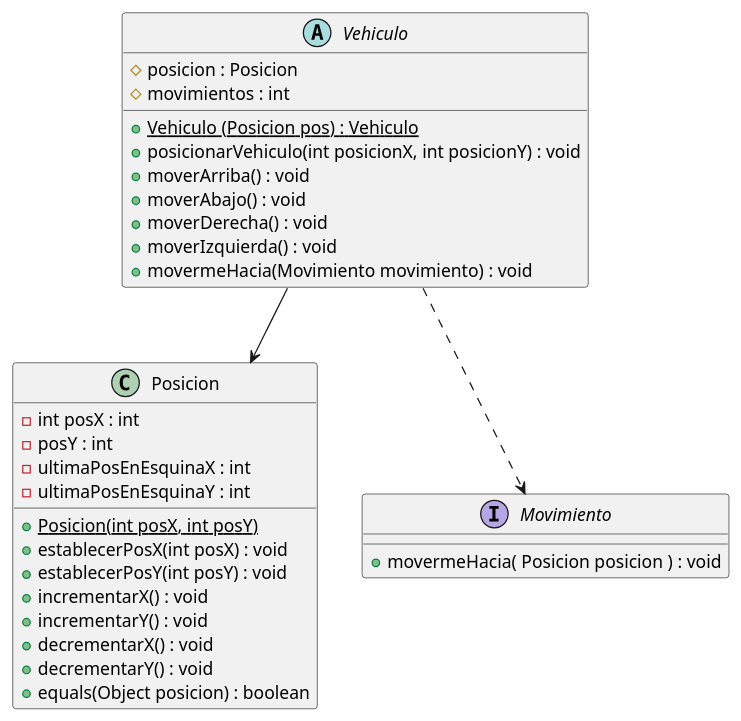
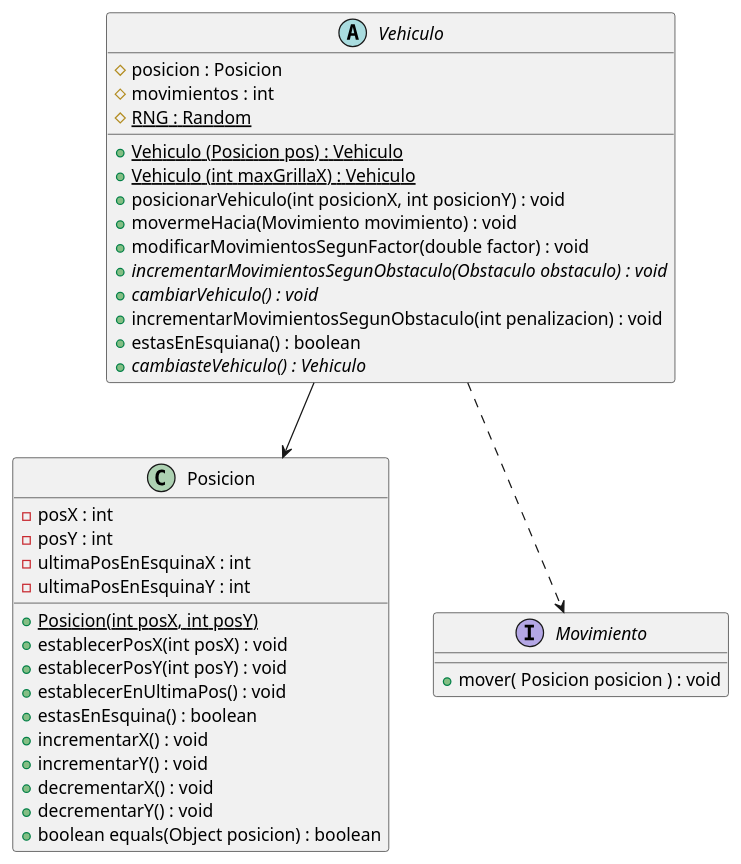
The diagram in Entrega2/DiagramaDeClases/DiagramaDeClasesRelacionVehiculosConPosicionYMovimiento.puml (kikiymini/algo3_tp2), drawn with PlantUML before and after one commit.

Commit message:
Se actualiza diagrama de clases relacion vehiculos con posicion y movimiento

```diff
--- a/Entrega2/DiagramaDeClases/DiagramaDeClasesRelacionVehiculosConPosicionYMovimiento.puml
+++ b/Entrega2/DiagramaDeClases/DiagramaDeClasesRelacionVehiculosConPosicionYMovimiento.puml
@@ -1,40 +1,45 @@
 @startuml
     'https://plantuml.com/class-diagram
 
     abstract Vehiculo{
         # posicion : Posicion
         # movimientos : int
+        # {static} RNG : Random
 
         + {static} Vehiculo (Posicion pos) : Vehiculo
+        + {static} Vehiculo (int maxGrillaX) : Vehiculo
         + posicionarVehiculo(int posicionX, int posicionY) : void
-        + moverArriba() : void
-        + moverAbajo() : void
-        + moverDerecha() : void
-        + moverIzquierda() : void
         + movermeHacia(Movimiento movimiento) : void
+        + modificarMovimientosSegunFactor(double factor) : void
+        + {abstract} incrementarMovimientosSegunObstaculo(Obstaculo obstaculo) : void
+        + {abstract} cambiarVehiculo() : void
+        + incrementarMovimientosSegunObstaculo(int penalizacion) : void
+        + estasEnEsquiana() : boolean
+        + {abstract} cambiasteVehiculo() : Vehiculo
     }
 
     class Posicion{
-        - int posX : int
+        - posX : int
         - posY : int
         - ultimaPosEnEsquinaX : int
         - ultimaPosEnEsquinaY : int
-
         + {static} Posicion(int posX, int posY)
         + establecerPosX(int posX) : void
         + establecerPosY(int posY) : void
+        + establecerEnUltimaPos() : void
+        + estasEnEsquina() : boolean
         + incrementarX() : void
         + incrementarY() : void
         + decrementarX() : void
         + decrementarY() : void
-        + equals(Object posicion) : boolean
+        + boolean equals(Object posicion) : boolean
     }
 
     interface Movimiento{
-        +movermeHacia( Posicion posicion ) : void
+        +mover( Posicion posicion ) : void
     }
 
     Vehiculo --> Posicion
     Vehiculo ..> Movimiento
 
 @enduml
```
